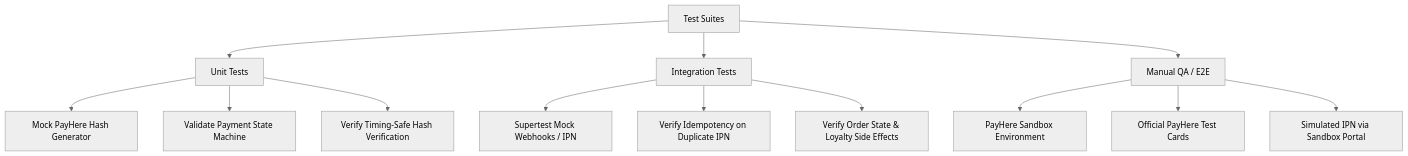
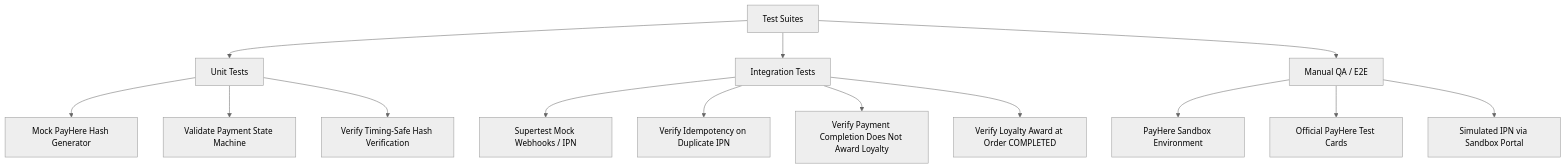
The third of 3 diagrams in adr/ADR-011-secure-payment-gateway-integration.md (darshana-opticals-osms/documents), drawn with Mermaid (neutral theme) before and after one commit. The commit also changed other lines of this file and 1 other file, not shown here.

Commit message:
docs(adr): align loyalty rounding, refunds and award lifecycle

````diff
--- a/adr/ADR-011-secure-payment-gateway-integration.md
+++ b/adr/ADR-011-secure-payment-gateway-integration.md
@@ -550,18 +565,19 @@
 ```mermaid
 graph TD
     A[Test Suites] --> B[Unit Tests]
     A --> C[Integration Tests]
     A --> D[Manual QA / E2E]
 
     B --> B1[Mock PayHere Hash Generator]
     B --> B2[Validate Payment State Machine]
     B --> B3[Verify Timing-Safe Hash Verification]
 
     C --> C1[Supertest Mock Webhooks / IPN]
     C --> C2[Verify Idempotency on Duplicate IPN]
-    C --> C3[Verify Order State & Loyalty Side Effects]
+    C --> C3[Verify Payment Completion Does Not Award Loyalty]
+    C --> C4[Verify Loyalty Award at Order COMPLETED]
 
     D --> D1[PayHere Sandbox Environment]
     D --> D2[Official PayHere Test Cards]
     D --> D3[Simulated IPN via Sandbox Portal]
 ```
````
